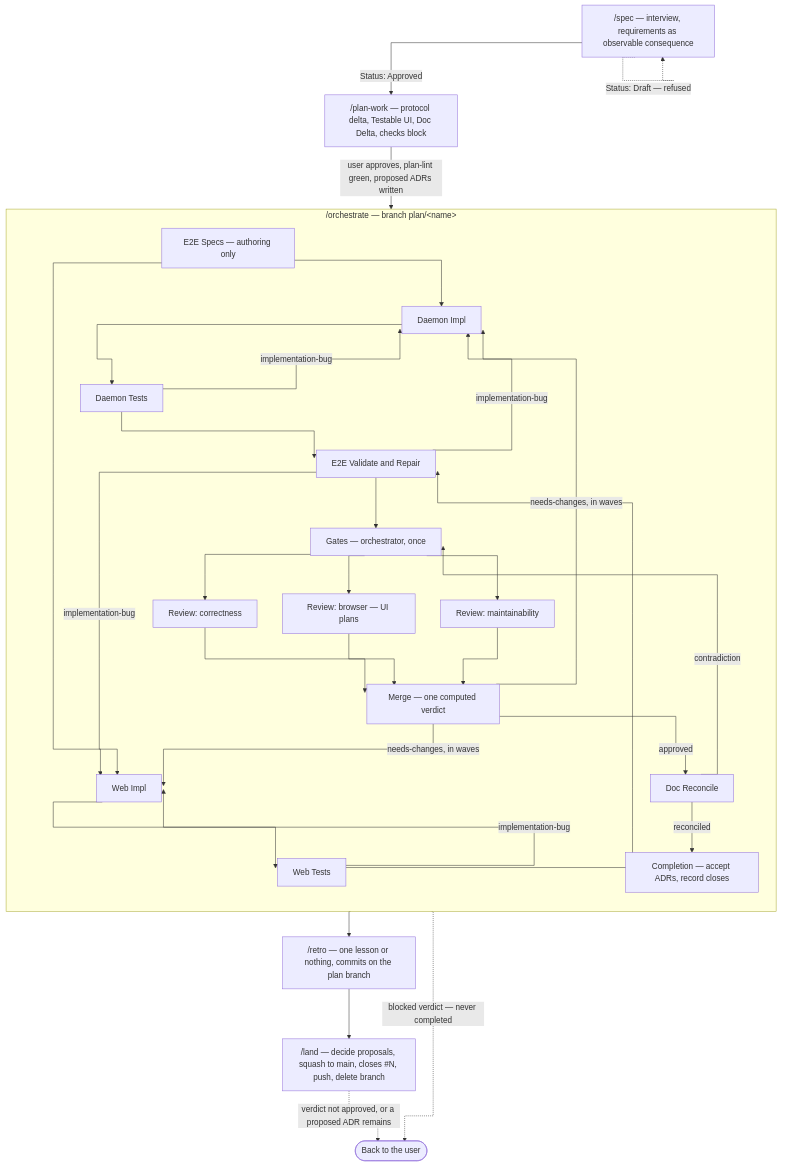
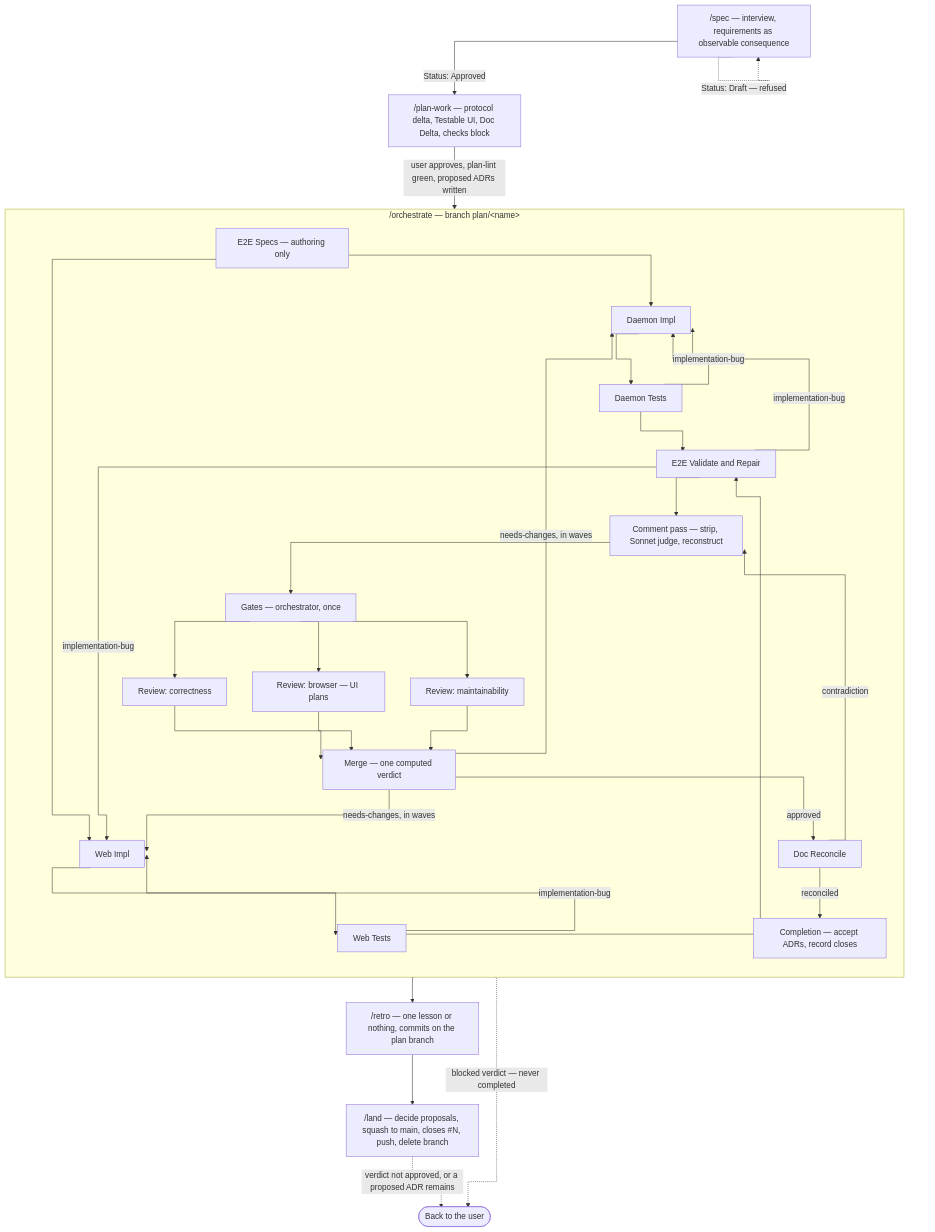
The diagram in docs/diagrams/pipeline-execution-order.md (Zalaras/muster), drawn with Mermaid before and after one commit. The commit also changed other lines of this file and 56 other files, not shown here.

Commit message:
chore(comment-pass): strip, judge and verify a branch's comments before review

````diff
--- a/docs/diagrams/pipeline-execution-order.md
+++ b/docs/diagrams/pipeline-execution-order.md
@@ -36,38 +39,38 @@
 ```mermaid
 %%{init: {"layout": "dagre", "flowchart": {"curve": "stepAfter"}}}%%
 flowchart TD
     SPEC["/spec — interview, requirements as observable consequence"] -->|Status: Approved| PW["/plan-work — protocol delta, Testable UI, Doc Delta, checks block"]
     SPEC -.->|Status: Draft — refused| SPEC
     PW -->|user approves, plan-lint green, proposed ADRs written| ORCH
 
     subgraph ORCH["/orchestrate — branch plan/&lt;name&gt;"]
         direction TB
         S[E2E Specs — authoring only] --> DI[Daemon Impl]
         S --> WI[Web Impl]
         DI --> DT[Daemon Tests]
         WI --> WT[Web Tests]
         DT -->|implementation-bug| DI
         WT -->|implementation-bug| WI
         DT --> V[E2E Validate and Repair]
         WT --> V
         V -->|implementation-bug| DI
         V -->|implementation-bug| WI
-        V --> G[Gates — orchestrator, once]
+        V --> CP[Comment pass — strip, Sonnet judge, reconstruct] --> G[Gates — orchestrator, once]
         G --> RC[Review: correctness]
         G --> RB[Review: browser — UI plans]
         G --> RM[Review: maintainability]
         RC --> M[Merge — one computed verdict]
         RB --> M
         RM --> M
         M -->|needs-changes, in waves| DI
         M -->|needs-changes, in waves| WI
         M -->|approved| DR[Doc Reconcile]
-        DR -->|contradiction| G
+        DR -->|contradiction| CP
         DR -->|reconciled| C[Completion — accept ADRs, record closes]
     end
 
     ORCH --> RETRO["/retro — one lesson or nothing, commits on the plan branch"]
     RETRO --> LAND["/land — decide proposals, squash to main, closes #N, push, delete branch"]
     ORCH -.->|blocked verdict — never completed| USER([Back to the user])
     LAND -.->|verdict not approved, or a proposed ADR remains| USER
 ```
````
